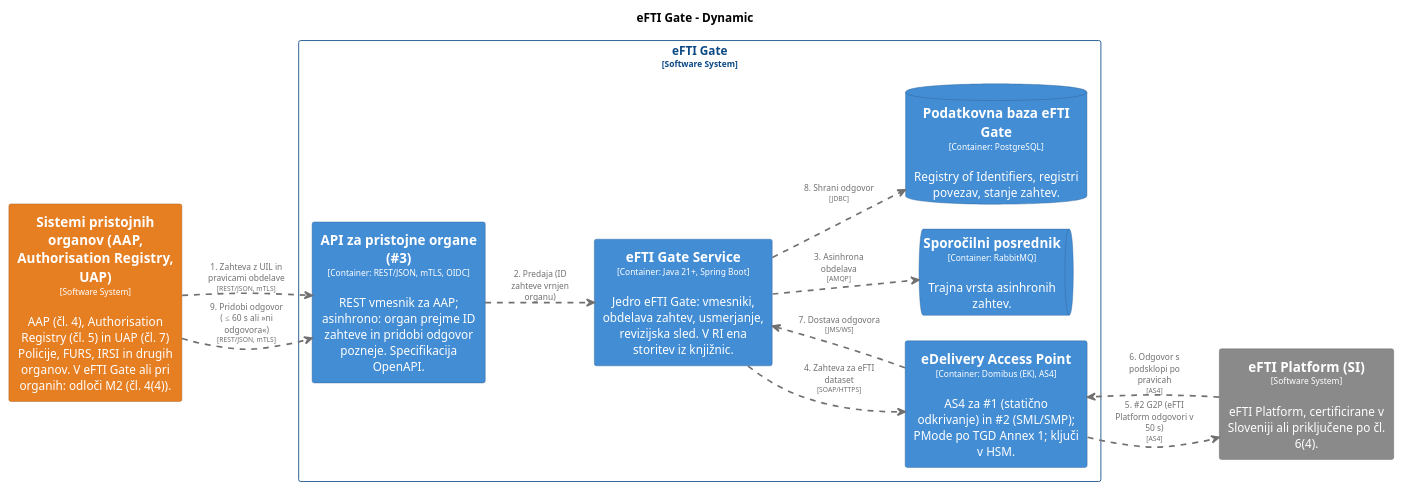
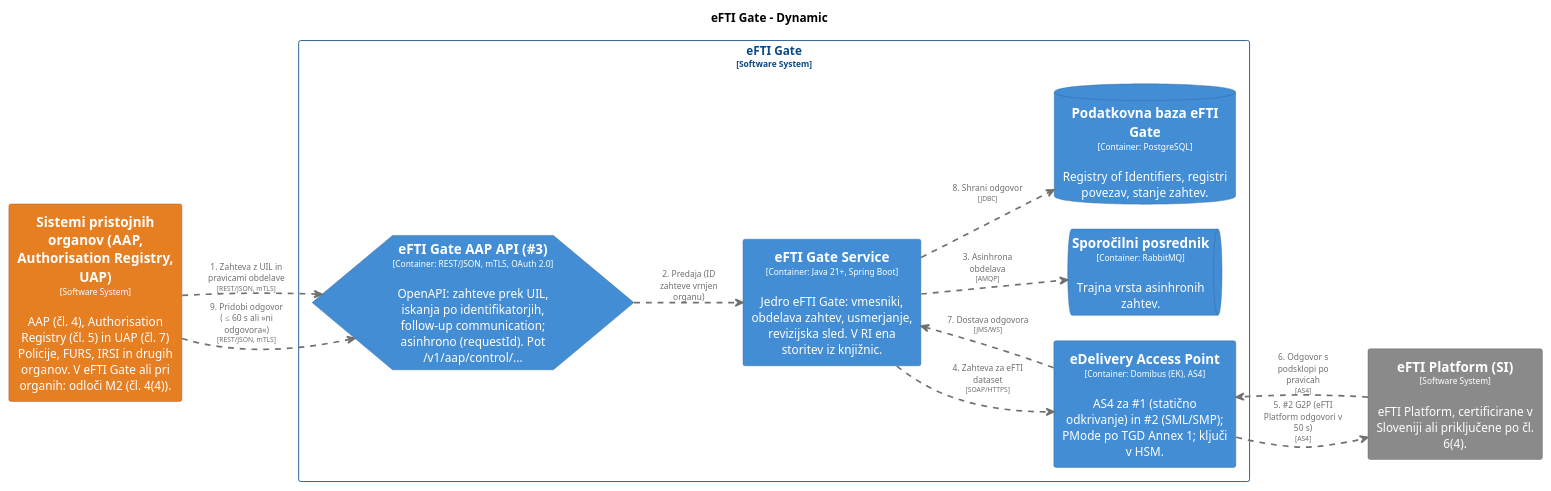
One commit to UM-KGPI/eFTI-Gate-SI changed the diagram in architecture/diagrams/structurizr-D1-UIL-lokalna-eFTI-Platform.puml. Above: the diagram before and after it, drawn with PlantUML. The commit also changed 46 other files, not shown here.

First line of the commit message:
Storitve OpenAPI: specifikacije, pogl. 7.9, Priloga E, pogled C2-API

```diff
--- a/architecture/diagrams/structurizr-D1-UIL-lokalna-eFTI-Platform.puml
+++ b/architecture/diagrams/structurizr-D1-UIL-lokalna-eFTI-Platform.puml
@@ -1,86 +1,86 @@
 @startuml
 set separator none
 title eFTI Gate - Dynamic
 
 left to right direction
 skinparam ranksep 60
 skinparam nodesep 30
 
 skinparam {
   arrowFontSize 10
   defaultTextAlignment center
   wrapWidth 200
   maxMessageSize 100
 }
 
 hide stereotype
 
-skinparam rectangle<<eFTIGate.APIzapristojneorgane3>> {
-  BackgroundColor #438dd5
-  FontColor #ffffff
-  BorderColor #2e6295
-  shadowing false
-}
 skinparam database<<eFTIGate.PodatkovnabazaeFTIGate>> {
   BackgroundColor #438dd5
   FontColor #ffffff
   BorderColor #2e6295
   shadowing false
 }
 skinparam rectangle<<SistemipristojnihorganovAAPAuthorisationRegistryUAP>> {
   BackgroundColor #e67e22
   FontColor #ffffff
   BorderColor #a15817
   shadowing false
 }
 skinparam queue<<eFTIGate.Sporočilniposrednik>> {
   BackgroundColor #438dd5
   FontColor #ffffff
   BorderColor #2e6295
   shadowing false
 }
 skinparam rectangle<<eFTIGate.eDeliveryAccessPoint>> {
   BackgroundColor #438dd5
   FontColor #ffffff
   BorderColor #2e6295
   shadowing false
 }
+skinparam hexagon<<eFTIGate.eFTIGateAAPAPI3>> {
+  BackgroundColor #438dd5
+  FontColor #ffffff
+  BorderColor #2e6295
+  shadowing false
+}
 skinparam rectangle<<eFTIGate.eFTIGateService>> {
   BackgroundColor #438dd5
   FontColor #ffffff
   BorderColor #2e6295
   shadowing false
 }
 skinparam rectangle<<eFTIPlatformSI>> {
   BackgroundColor #8a8a8a
   FontColor #ffffff
   BorderColor #606060
   shadowing false
 }
 skinparam rectangle<<eFTIGate>> {
   BorderColor #0b4884
   FontColor #0b4884
   shadowing false
 }
 
 rectangle "eFTI Gate\n<size:10>[Software System]</size>" <<eFTIGate>> {
-  rectangle "==API za pristojne organe (#3)\n<size:10>[Container: REST/JSON, mTLS, OIDC]</size>\n\nREST vmesnik za AAP; asinhrono: organ prejme ID zahteve in pridobi odgovor pozneje. Specifikacija OpenAPI." <<eFTIGate.APIzapristojneorgane3>> as eFTIGate.APIzapristojneorgane3
+  hexagon "==eFTI Gate AAP API (#3)\n<size:10>[Container: REST/JSON, mTLS, OAuth 2.0]</size>\n\nOpenAPI: zahteve prek UIL, iskanja po identifikatorjih, follow-up communication; asinhrono (requestId). Pot /v1/aap/control/..." <<eFTIGate.eFTIGateAAPAPI3>> as eFTIGate.eFTIGateAAPAPI3
   queue "==Sporočilni posrednik\n<size:10>[Container: RabbitMQ]</size>\n\nTrajna vrsta asinhronih zahtev." <<eFTIGate.Sporočilniposrednik>> as eFTIGate.Sporočilniposrednik
   database "==Podatkovna baza eFTI Gate\n<size:10>[Container: PostgreSQL]</size>\n\nRegistry of Identifiers, registri povezav, stanje zahtev." <<eFTIGate.PodatkovnabazaeFTIGate>> as eFTIGate.PodatkovnabazaeFTIGate
   rectangle "==eDelivery Access Point\n<size:10>[Container: Domibus (EK), AS4]</size>\n\nAS4 za #1 (statično odkrivanje) in #2 (SML/SMP); PMode po TGD Annex 1; ključi v HSM." <<eFTIGate.eDeliveryAccessPoint>> as eFTIGate.eDeliveryAccessPoint
   rectangle "==eFTI Gate Service\n<size:10>[Container: Java 21+, Spring Boot]</size>\n\nJedro eFTI Gate: vmesniki, obdelava zahtev, usmerjanje, revizijska sled. V RI ena storitev iz knjižnic." <<eFTIGate.eFTIGateService>> as eFTIGate.eFTIGateService
 }
 
 rectangle "==Sistemi pristojnih organov (AAP, Authorisation Registry, UAP)\n<size:10>[Software System]</size>\n\nAAP (čl. 4), Authorisation Registry (čl. 5) in UAP (čl. 7) Policije, FURS, IRSI in drugih organov. V eFTI Gate ali pri organih: odloči M2 (čl. 4(4))." <<SistemipristojnihorganovAAPAuthorisationRegistryUAP>> as SistemipristojnihorganovAAPAuthorisationRegistryUAP
 rectangle "==eFTI Platform (SI)\n<size:10>[Software System]</size>\n\neFTI Platform, certificirane v Sloveniji ali priključene po čl. 6(4)." <<eFTIPlatformSI>> as eFTIPlatformSI
 
-SistemipristojnihorganovAAPAuthorisationRegistryUAP .[#707070,thickness=2].> eFTIGate.APIzapristojneorgane3 : "<color:#707070>1. Zahteva z UIL in pravicami obdelave\n<color:#707070><size:8>[REST/JSON, mTLS]</size>"
-eFTIGate.APIzapristojneorgane3 .[#707070,thickness=2].> eFTIGate.eFTIGateService : "<color:#707070>2. Predaja (ID zahteve vrnjen organu)"
+SistemipristojnihorganovAAPAuthorisationRegistryUAP .[#707070,thickness=2].> eFTIGate.eFTIGateAAPAPI3 : "<color:#707070>1. Zahteva z UIL in pravicami obdelave\n<color:#707070><size:8>[REST/JSON, mTLS]</size>"
+eFTIGate.eFTIGateAAPAPI3 .[#707070,thickness=2].> eFTIGate.eFTIGateService : "<color:#707070>2. Predaja (ID zahteve vrnjen organu)"
 eFTIGate.eFTIGateService .[#707070,thickness=2].> eFTIGate.Sporočilniposrednik : "<color:#707070>3. Asinhrona obdelava\n<color:#707070><size:8>[AMQP]</size>"
 eFTIGate.eFTIGateService .[#707070,thickness=2].> eFTIGate.eDeliveryAccessPoint : "<color:#707070>4. Zahteva za eFTI dataset\n<color:#707070><size:8>[SOAP/HTTPS]</size>"
 eFTIGate.eDeliveryAccessPoint .[#707070,thickness=2].> eFTIPlatformSI : "<color:#707070>5. #2 G2P (eFTI Platform odgovori v 50 s)\n<color:#707070><size:8>[AS4]</size>"
 eFTIPlatformSI .[#707070,thickness=2].> eFTIGate.eDeliveryAccessPoint : "<color:#707070>6. Odgovor s podsklopi po pravicah\n<color:#707070><size:8>[AS4]</size>"
 eFTIGate.eDeliveryAccessPoint .[#707070,thickness=2].> eFTIGate.eFTIGateService : "<color:#707070>7. Dostava odgovora\n<color:#707070><size:8>[JMS/WS]</size>"
 eFTIGate.eFTIGateService .[#707070,thickness=2].> eFTIGate.PodatkovnabazaeFTIGate : "<color:#707070>8. Shrani odgovor\n<color:#707070><size:8>[JDBC]</size>"
-SistemipristojnihorganovAAPAuthorisationRegistryUAP .[#707070,thickness=2].> eFTIGate.APIzapristojneorgane3 : "<color:#707070>9. Pridobi odgovor (≤ 60 s ali »ni odgovora«)\n<color:#707070><size:8>[REST/JSON, mTLS]</size>"
+SistemipristojnihorganovAAPAuthorisationRegistryUAP .[#707070,thickness=2].> eFTIGate.eFTIGateAAPAPI3 : "<color:#707070>9. Pridobi odgovor (≤ 60 s ali »ni odgovora«)\n<color:#707070><size:8>[REST/JSON, mTLS]</size>"
 @enduml
```
